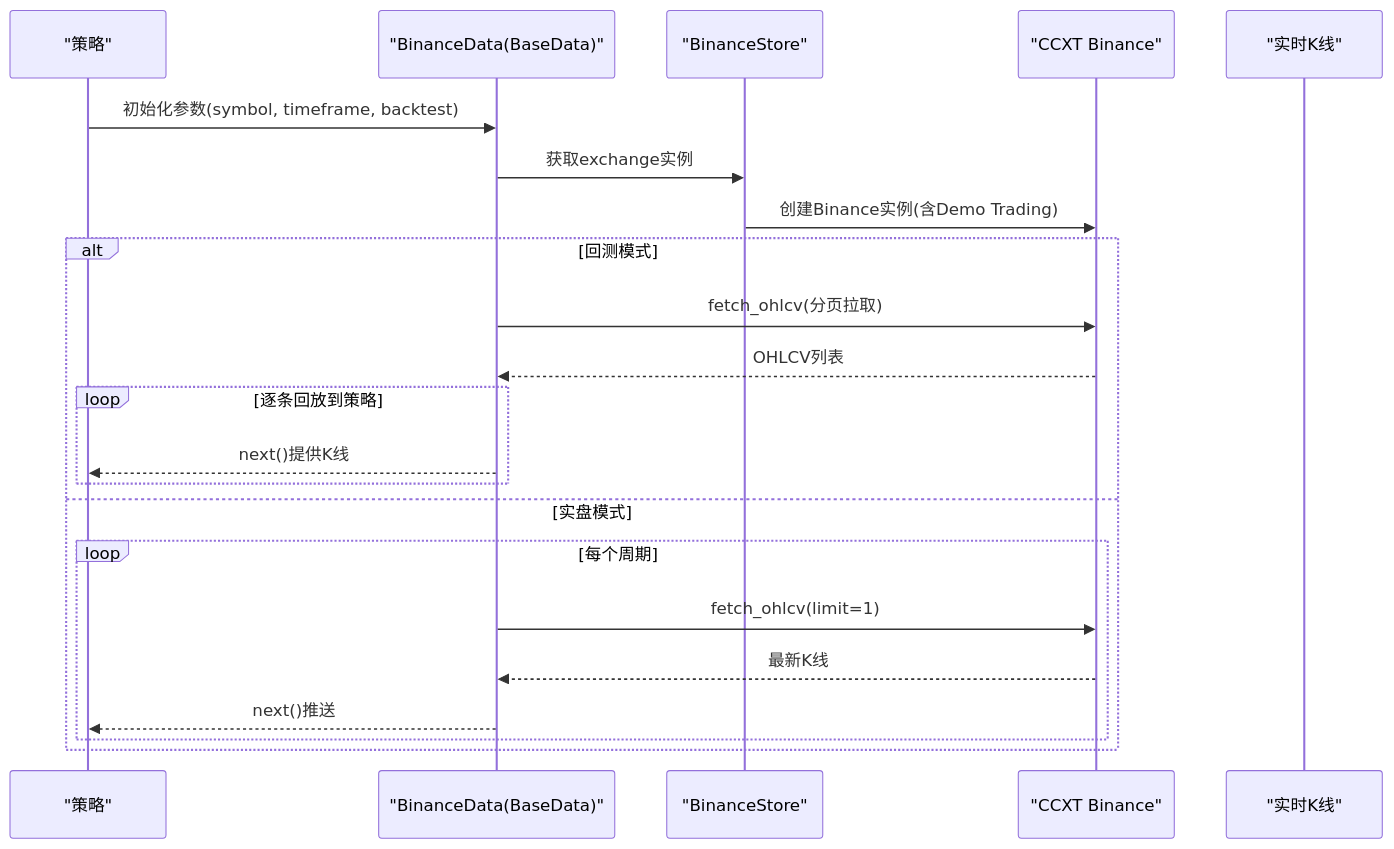
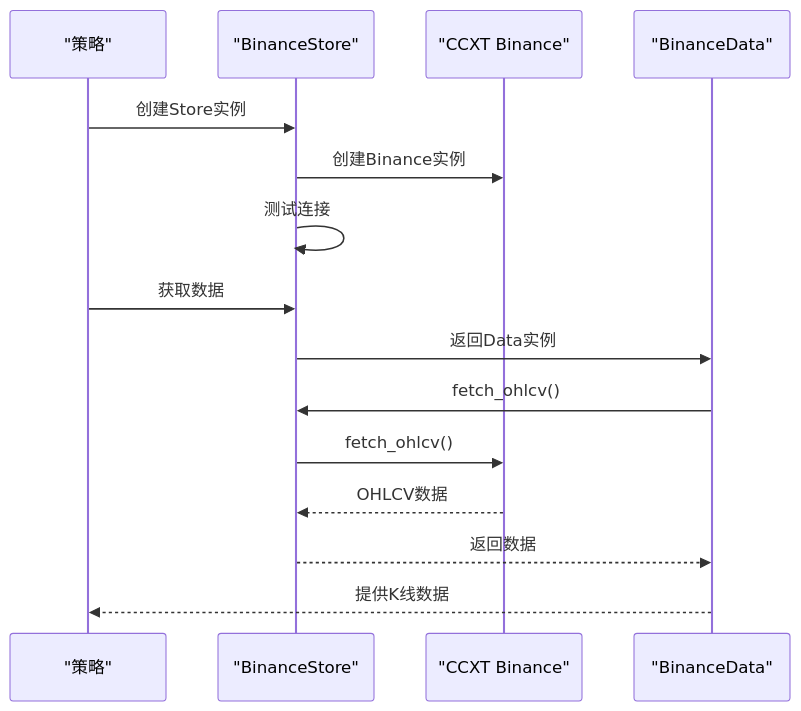
The second of 6 diagrams in .qoder/repowiki/zh/content/实盘交易模块/Binance交易所集成/BinanceDataFeed数据层.md (bench-prog/backtrader), drawn with Mermaid before and after one commit. The commit also changed other lines of this file and 23 other files, not shown here.

````diff
--- a/.qoder/repowiki/zh/content/实盘交易模块/Binance交易所集成/BinanceDataFeed数据层.md
+++ b/.qoder/repowiki/zh/content/实盘交易模块/Binance交易所集成/BinanceDataFeed数据层.md
@@ -108,24 +108,17 @@
 ```mermaid
 sequenceDiagram
 participant Strat as "策略"
-participant Data as "BinanceData(BaseData)"
 participant Store as "BinanceStore"
 participant CCXT as "CCXT Binance"
-participant Live as "实时K线"
-Strat->>Data : 初始化参数(symbol, timeframe, backtest)
-Data->>Store : 获取exchange实例
-Store->>CCXT : 创建Binance实例(含Demo Trading)
-alt 回测模式
-Data->>CCXT : fetch_ohlcv(分页拉取)
-CCXT-->>Data : OHLCV列表
-loop 逐条回放到策略
-Data-->>Strat : next()提供K线
-end
-else 实盘模式
-loop 每个周期
-Data->>CCXT : fetch_ohlcv(limit=1)
-CCXT-->>Data : 最新K线
-Data-->>Strat : next()推送
-end
-end
+participant Data as "BinanceData"
+Strat->>Store : 创建Store实例
+Store->>CCXT : 创建Binance实例
+Store->>Store : 测试连接
+Strat->>Store : 获取数据
+Store->>Data : 返回Data实例
+Data->>Store : fetch_ohlcv()
+Store->>CCXT : fetch_ohlcv()
+CCXT-->>Store : OHLCV数据
+Store-->>Data : 返回数据
+Data-->>Strat : 提供K线数据
 ```
````
